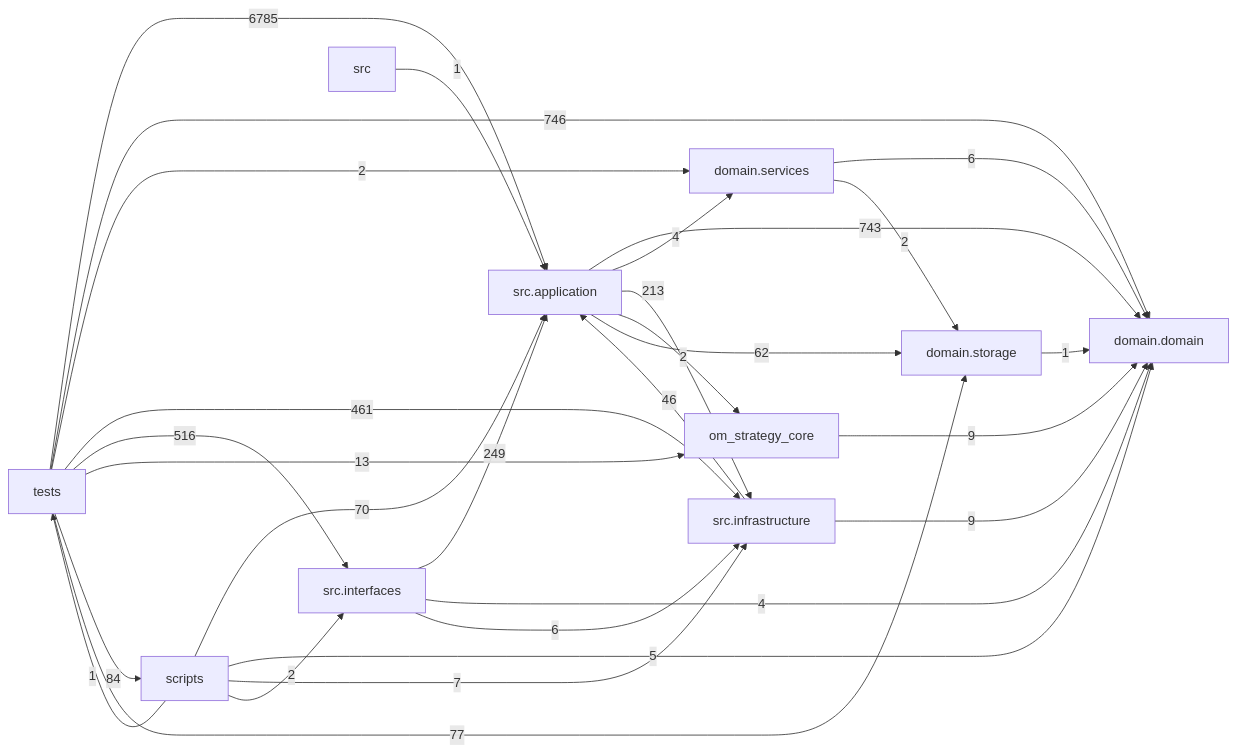
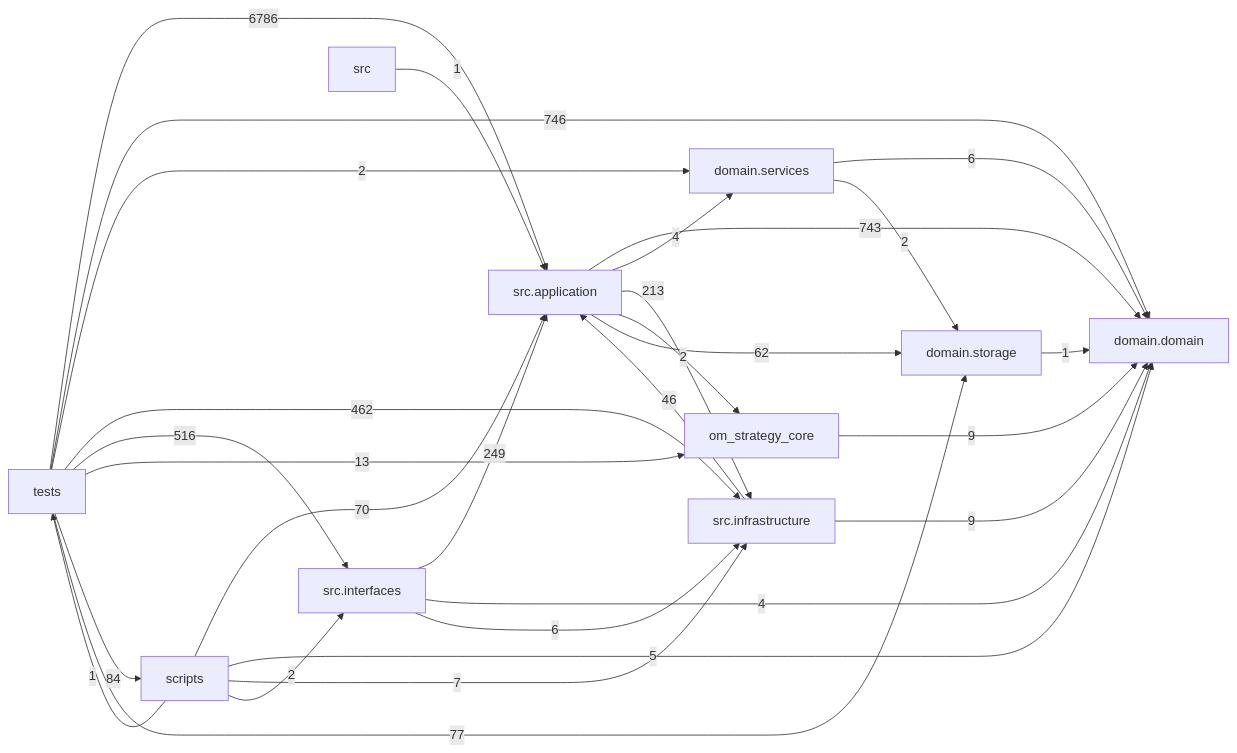
The diagram in docs/DEPENDENCY_GRAPH.md (liuxie066/options-monitor), drawn with Mermaid before and after one commit. The commit also changed other lines of this file and 14 other files, not shown here.

````diff
--- a/docs/DEPENDENCY_GRAPH.md
+++ b/docs/DEPENDENCY_GRAPH.md
@@ -24,39 +24,39 @@
 ```mermaid
 flowchart LR
   tests["tests"]
   scripts["scripts"]
   interfaces["src.interfaces"]
   application["src.application"]
   infrastructure["src.infrastructure"]
   domain_services["domain.services"]
   domain["domain.domain"]
   storage["domain.storage"]
   application -->|743| domain
   application -->|4| domain_services
   application -->|213| infrastructure
   application -->|2| om_strategy_core
   application -->|62| storage
   domain_services -->|6| domain
   domain_services -->|2| storage
   infrastructure -->|46| application
   infrastructure -->|9| domain
   interfaces -->|249| application
   interfaces -->|4| domain
   interfaces -->|6| infrastructure
   om_strategy_core -->|9| domain
   scripts -->|70| application
   scripts -->|5| domain
   scripts -->|7| infrastructure
   scripts -->|2| interfaces
   scripts -->|1| tests
   src -->|1| application
   storage -->|1| domain
-  tests -->|6785| application
+  tests -->|6786| application
   tests -->|746| domain
   tests -->|2| domain_services
-  tests -->|461| infrastructure
+  tests -->|462| infrastructure
   tests -->|516| interfaces
   tests -->|13| om_strategy_core
   tests -->|84| scripts
   tests -->|77| storage
 ```
````
